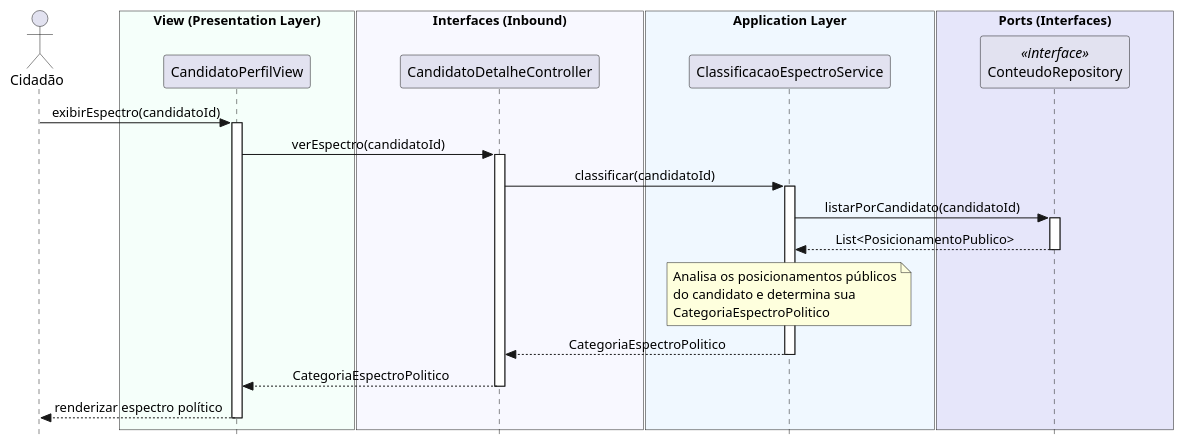
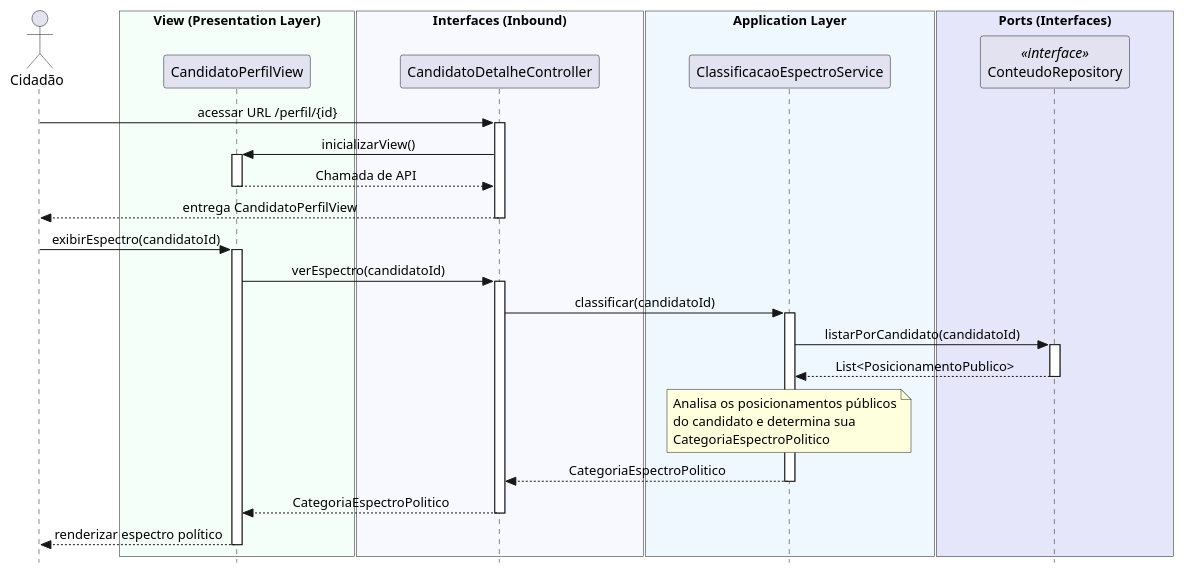
Before and after one commit to Nenhum-Grupo/ProjetoEngenharia: the diagram in sistema-java/docs/02 - Implementação/Diagramas_de_Squência_de_Sistema/UC1.md, drawn with PlantUML. The commit also changed other lines of this file, not shown here.

Commit message:
Update UC1.md with new interactions and flow
Added new initial interaction for accessing user profile and updated original flow for displaying political spectrum.

````diff
--- a/sistema-java/docs/02 - Implementação/Diagramas_de_Squência_de_Sistema/UC1.md
+++ b/sistema-java/docs/02 - Implementação/Diagramas_de_Squência_de_Sistema/UC1.md
@@ -6,56 +6,69 @@
 ```plantuml
 @startuml
 skinparam style strictuml
 skinparam sequenceMessageAlign center
 skinparam ParticipantPadding 40
 
 actor "Cidadão" as User
 
 box "View (Presentation Layer)" #MintCream
 participant "CandidatoPerfilView" as View
 end box
 
 box "Interfaces (Inbound)" #GhostWhite
 participant "CandidatoDetalheController" as Ctrl
 end box
 
 box "Application Layer" #AliceBlue
 participant "ClassificacaoEspectroService" as Service
 end box
 
 box "Ports (Interfaces)" #Lavender
 participant "ConteudoRepository" as Repo <<interface>>
 end box
 
+' --- NOVA INTERAÇÃO INICIAL ---
+User -> Ctrl : acessar URL /perfil/{id}
+activate Ctrl
+
+Ctrl -> View : inicializarView()
+activate View
+View --> Ctrl : Chamada de API
+deactivate View
+
+Ctrl --> User : entrega CandidatoPerfilView
+deactivate Ctrl
+
+' --- FLUXO ORIGINAL (INTERAÇÃO DA VIEW) ---
 User -> View : exibirEspectro(candidatoId)
 activate View
 
 View -> Ctrl : verEspectro(candidatoId)
 activate Ctrl
 
 Ctrl -> Service : classificar(candidatoId)
 activate Service
 
 Service -> Repo : listarPorCandidato(candidatoId)
 activate Repo
 
 Repo --> Service : List<PosicionamentoPublico>
 deactivate Repo
 
 note over Service
 Analisa os posicionamentos públicos
 do candidato e determina sua
 CategoriaEspectroPolitico
 end note
 
 Service --> Ctrl : CategoriaEspectroPolitico
 deactivate Service
 
 Ctrl --> View : CategoriaEspectroPolitico
 deactivate Ctrl
 
 View --> User : renderizar espectro político
 deactivate View
 
 @enduml
 ```
````
